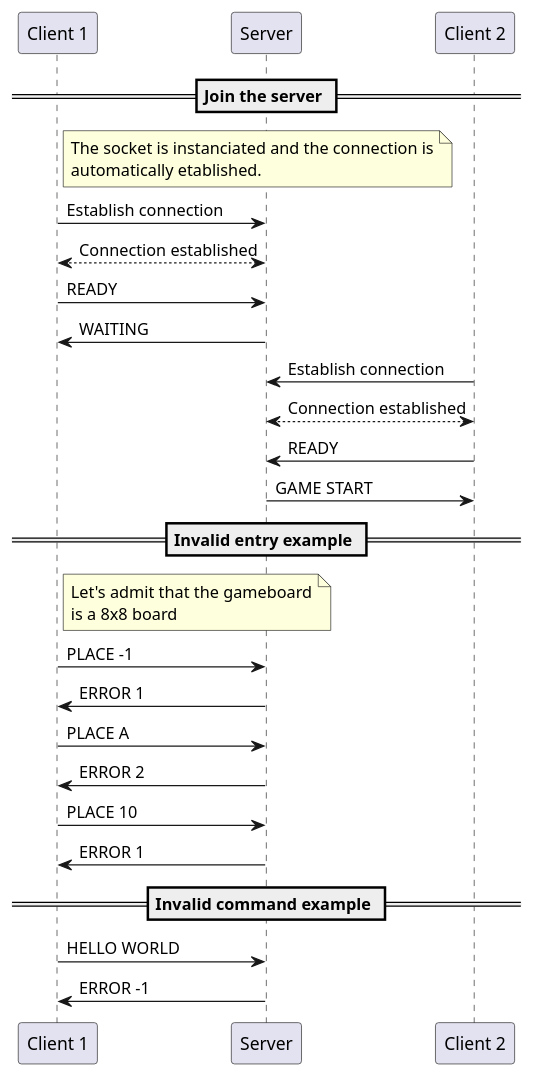
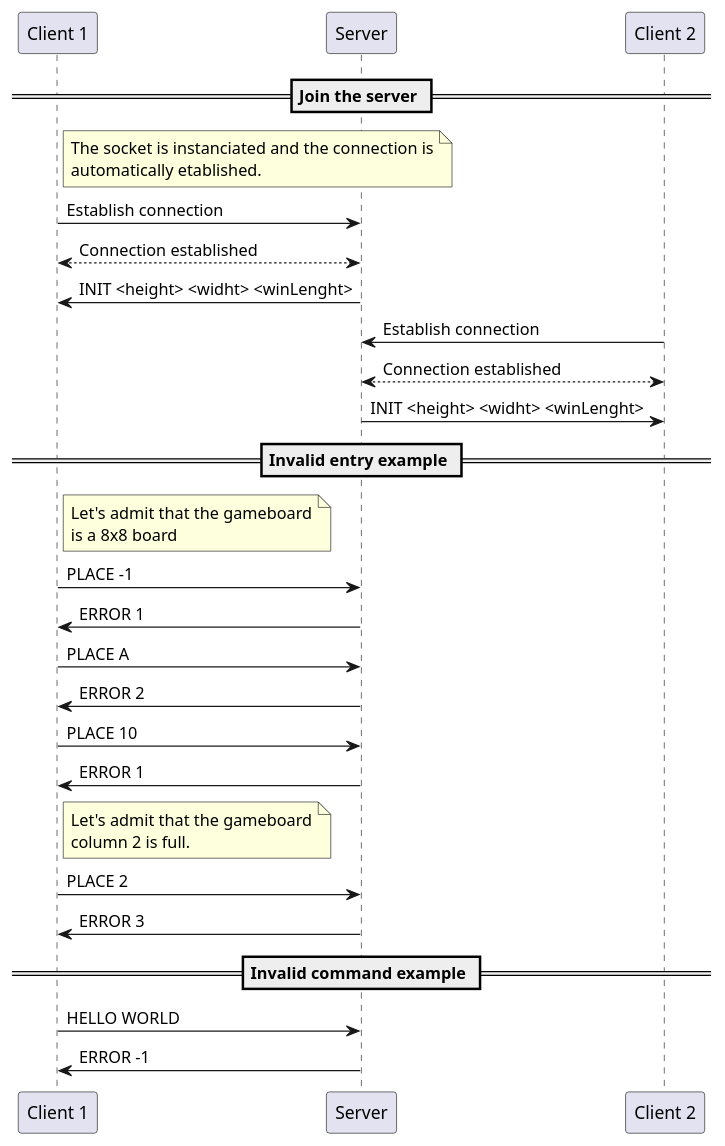
The diagram in uml/protocol_invalid_examples.puml (thomasstaheli/DAI_Practical2_Connect4), drawn with PlantUML before and after one commit. The commit also changed 9 other files, not shown here.

```diff
--- a/uml/protocol_invalid_examples.puml
+++ b/uml/protocol_invalid_examples.puml
@@ -1,45 +1,51 @@
 @startuml
 
 participant "Client 1" as client1
 participant "Server" as server
 participant "Client 2" as client2
 
 == Join the server ==
 
 note right of client1
 The socket is instanciated and the connection is
 automatically etablished.
 end note
 
 client1->server : Establish connection
 server<-->client1 : Connection established
-client1->server : READY
-server->client1 : WAITING
+server->client1 : INIT <height> <widht> <winLenght>
 
 client2->server : Establish connection
 server<-->client2 : Connection established
-client2->server : READY
-server->client2 : GAME START
+server->client2 : INIT <height> <widht> <winLenght>
 
 == Invalid entry example ==
 
 note right of client1
 Let's admit that the gameboard
 is a 8x8 board
 end note
 
 client1->server : PLACE -1
 server->client1 : ERROR 1
 
 client1->server : PLACE A
 server->client1 : ERROR 2
 
 client1->server : PLACE 10
 server->client1 : ERROR 1
 
+note right of client1
+Let's admit that the gameboard
+column 2 is full.
+end note
+
+client1->server : PLACE 2
+server->client1 : ERROR 3
+
 == Invalid command example ==
 
 client1->server : HELLO WORLD
 server->client1 : ERROR -1
 
 @enduml
```
